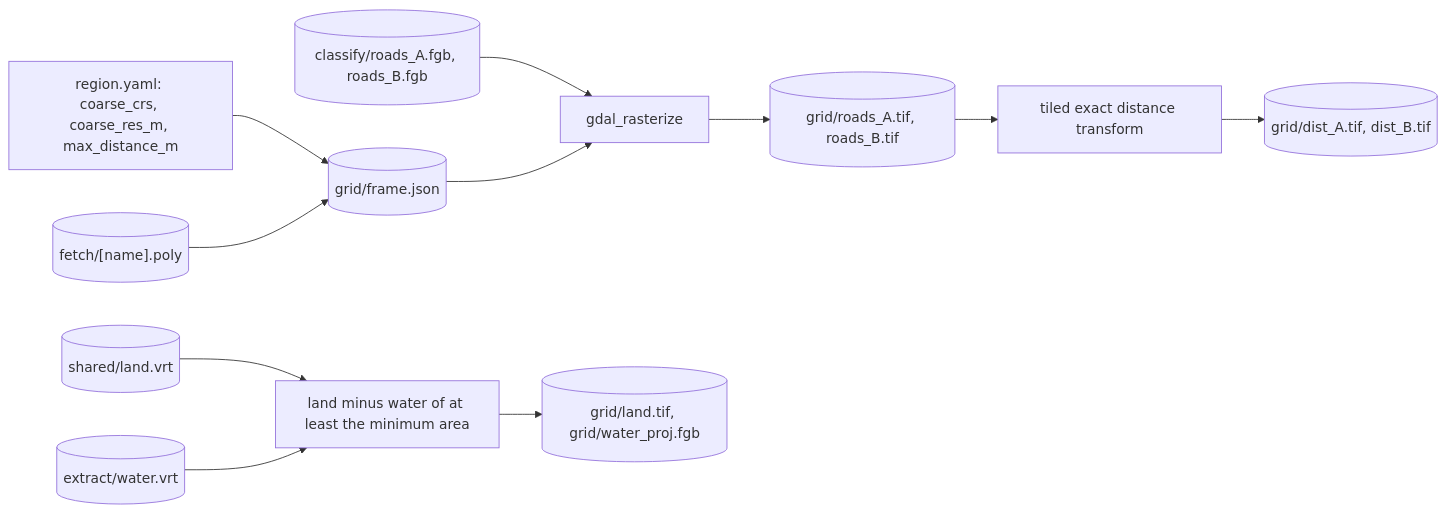
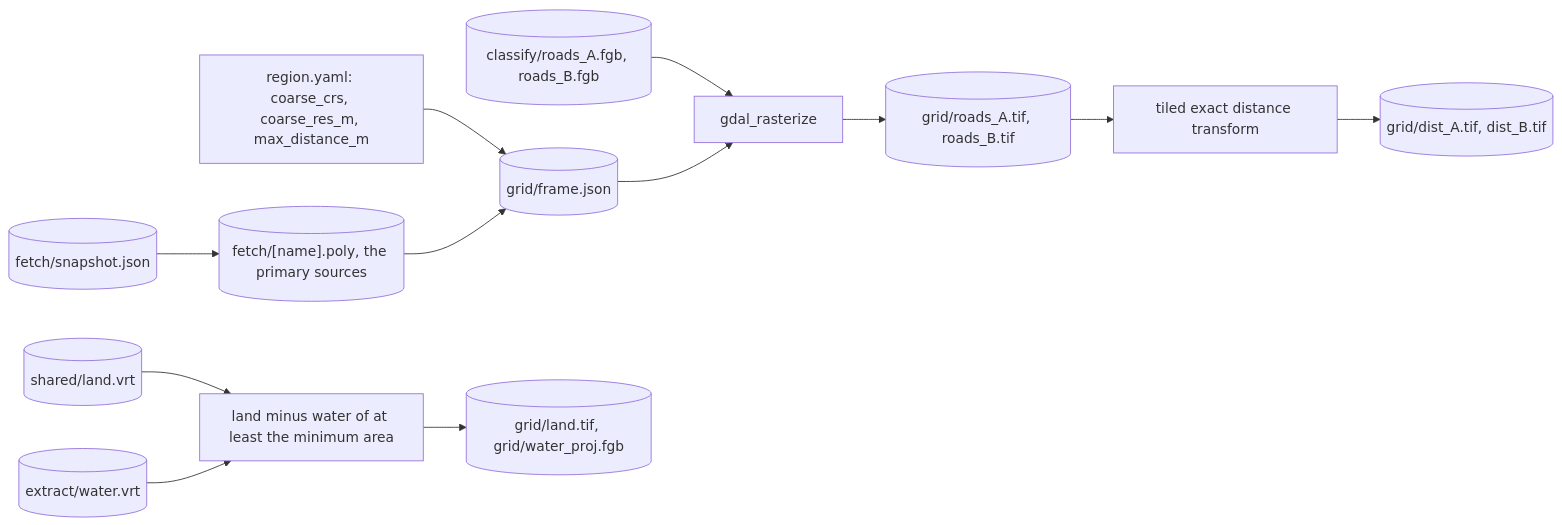
One commit to donataskasp/poles-of-remoteness changed the fifth of 8 diagrams in docs/diagrams/01-pipeline.md. Above: the diagram before and after it, drawn with Mermaid. The commit also changed other lines of this file and 6 other files, not shown here.

Commit message:
docs: doc pins run against the checkout in CI, site data flow and pipeline tables corrected (#42)

````diff
--- a/docs/diagrams/01-pipeline.md
+++ b/docs/diagrams/01-pipeline.md
@@ -63,13 +63,13 @@
 ```mermaid
 flowchart LR
     cfg["region.yaml: coarse_crs, coarse_res_m, max_distance_m"] --> frame[("grid/frame.json")]
-    poly[("fetch/[name].poly")] --> frame
+    snap[("fetch/snapshot.json")] --> poly[("fetch/[name].poly, the primary sources")] --> frame
     roads[("classify/roads_A.fgb, roads_B.fgb")] --> rast["gdal_rasterize"]
     frame --> rast
     rast --> rtif[("grid/roads_A.tif, roads_B.tif")]
     rtif --> edt["tiled exact distance transform"]
     edt --> dist[("grid/dist_A.tif, dist_B.tif")]
     landv[("shared/land.vrt")] --> mask["land minus water of at least the minimum area"]
     waterv[("extract/water.vrt")] --> mask
     mask --> lt[("grid/land.tif, grid/water_proj.fgb")]
 ```
````
